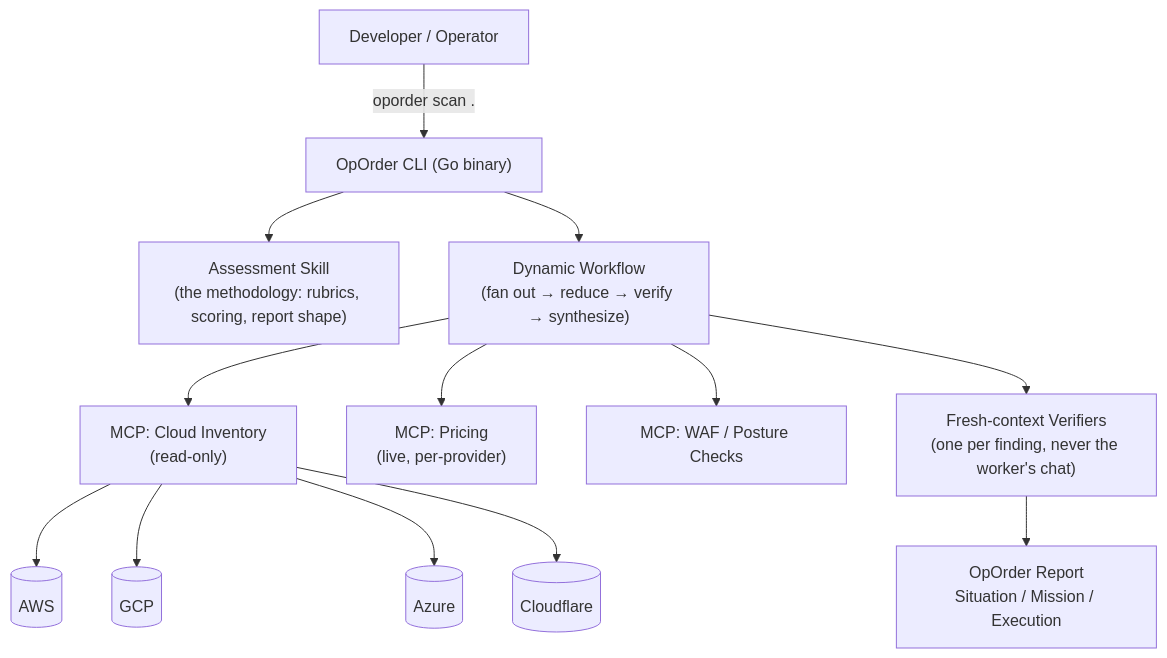
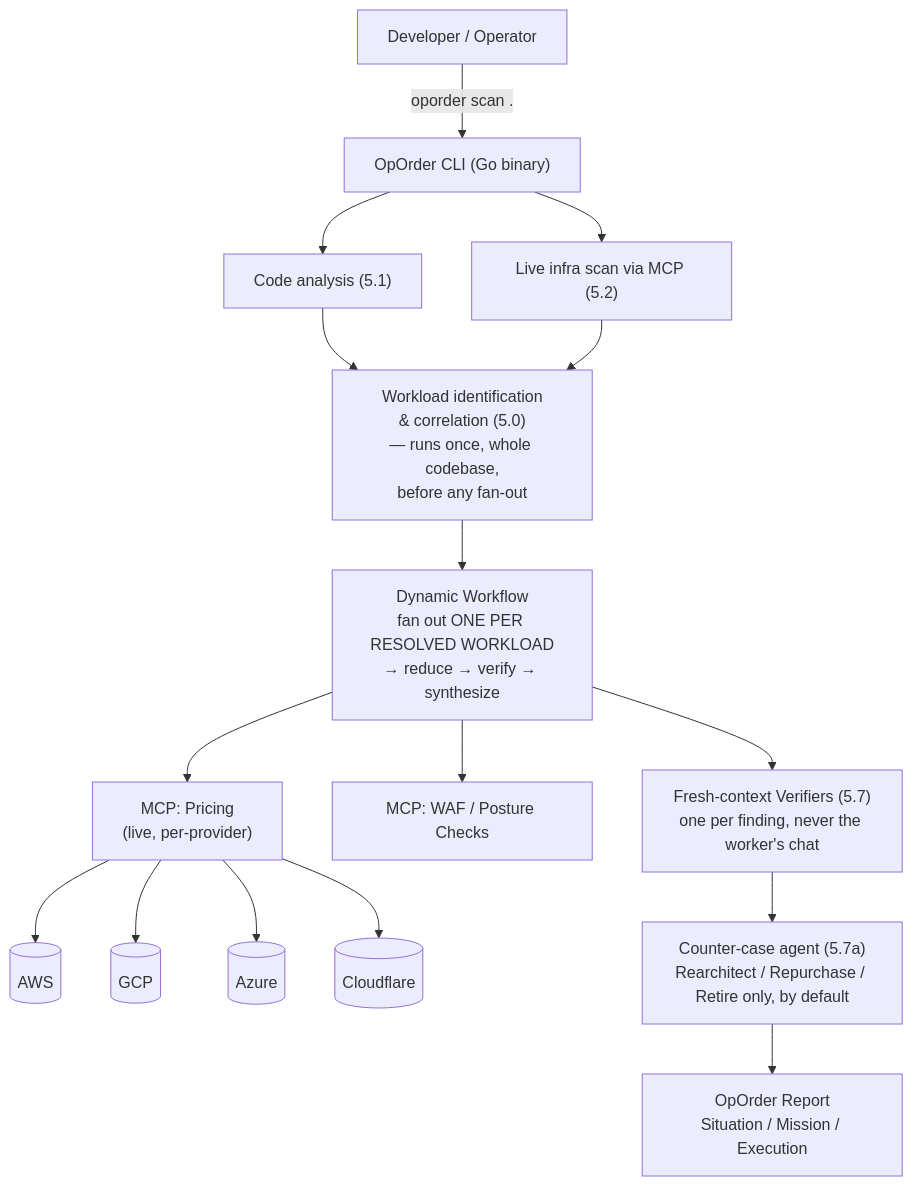
The diagram in SPEC.md (codetocloudorg/oporder), drawn with Mermaid before and after one commit. The commit also changed other lines of this file and 1 other file, not shown here.

````diff
--- a/SPEC.md
+++ b/SPEC.md
@@ -197,15 +204,18 @@
 ```mermaid
 flowchart TB
     U["Developer / Operator"] -->|"oporder scan ."| CLI["OpOrder CLI (Go binary)"]
-    CLI --> SKILL["Assessment Skill\n(the methodology: rubrics, scoring, report shape)"]
-    CLI --> WF["Dynamic Workflow\n(fan out → reduce → verify → synthesize)"]
-    WF --> MCP1["MCP: Cloud Inventory\n(read-only)"]
+    CLI --> RAW1["Code analysis (5.1)"]
+    CLI --> RAW2["Live infra scan via MCP (5.2)"]
+    RAW1 --> CORR["Workload identification\n& correlation (5.0)\n— runs once, whole codebase,\nbefore any fan-out"]
+    RAW2 --> CORR
+    CORR --> WF["Dynamic Workflow\nfan out ONE PER RESOLVED WORKLOAD\n→ reduce → verify → synthesize"]
     WF --> MCP2["MCP: Pricing\n(live, per-provider)"]
     WF --> MCP3["MCP: WAF / Posture Checks"]
-    MCP1 --> AWS[("AWS")]
-    MCP1 --> GCP[("GCP")]
-    MCP1 --> AZ[("Azure")]
-    MCP1 --> CF[("Cloudflare")]
-    WF --> VER["Fresh-context Verifiers\n(one per finding, never the worker's chat)"]
-    VER --> REP["OpOrder Report\nSituation / Mission / Execution"]
+    MCP2 --> AWS[("AWS")]
+    MCP2 --> GCP[("GCP")]
+    MCP2 --> AZ[("Azure")]
+    MCP2 --> CF[("Cloudflare")]
+    WF --> VER["Fresh-context Verifiers (5.7)\none per finding, never the worker's chat"]
+    VER --> ADV["Counter-case agent (5.7a)\nRearchitect / Repurchase / Retire only, by default"]
+    ADV --> REP["OpOrder Report\nSituation / Mission / Execution"]
 ```
````
